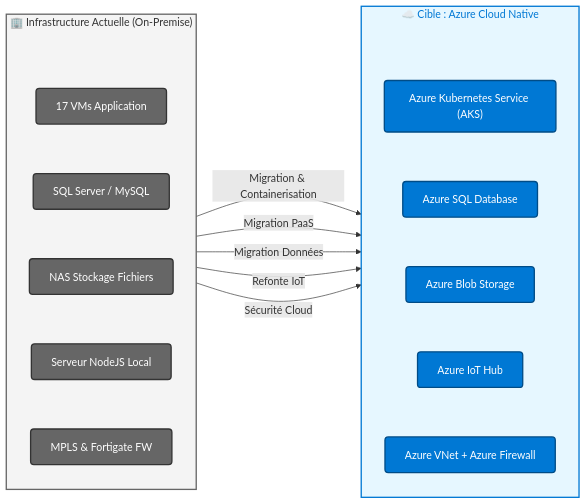
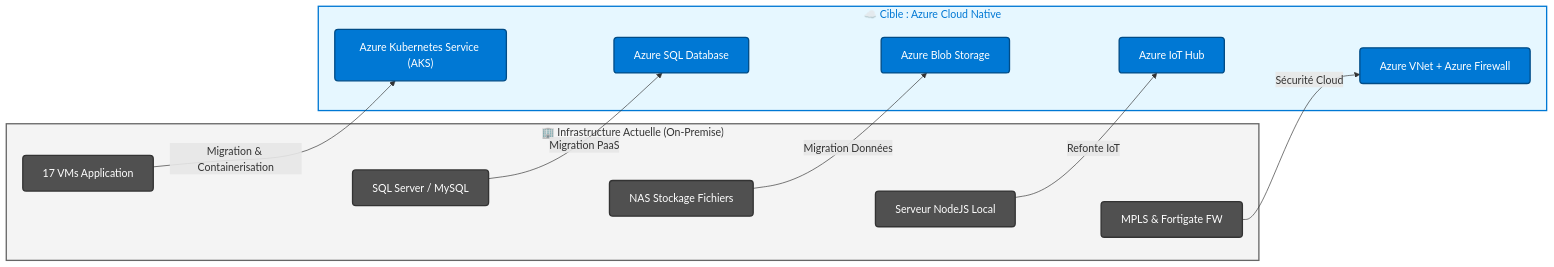
Before and after one commit to ilyessalmi/Data-Engineering-Projects: the diagram in 01-Migration-Cloud-Architecture/README.md, drawn with Mermaid.

Commit message:
Update Mermaid diagram styles and structure

````diff
--- a/01-Migration-Cloud-Architecture/README.md
+++ b/01-Migration-Cloud-Architecture/README.md
@@ -32,46 +32,41 @@
 ```mermaid
 graph LR
     %% Styles Definitions
     classDef azure fill:#0078D4,stroke:#004C87,stroke-width:2px,color:#fff,rx:5,ry:5;
-    classDef onprem fill:#666,stroke:#333,stroke-width:2px,color:#fff,rx:5,ry:5;
-    classDef hidden width:0px,height:0px,stroke-width:0px,fill:transparent,color:transparent;
+    classDef onprem fill:#505050,stroke:#333,stroke-width:2px,color:#fff,rx:5,ry:5;
 
-    %% On-Premise Subgraph
+    %% On-Premise Column
     subgraph On_Premise ["🏢 Infrastructure Actuelle (On-Premise)"]
-        direction TB
-        Space1[ ]:::hidden
         ServerApp["17 VMs Application"]:::onprem
         DB_SQL["SQL Server / MySQL"]:::onprem
         NAS["NAS Stockage Fichiers"]:::onprem
         IoT_Local["Serveur NodeJS Local"]:::onprem
         Network_Local["MPLS & Fortigate FW"]:::onprem
         
-        %% Force order with spacer
-        Space1 ~~~ ServerApp ~~~ DB_SQL ~~~ NAS ~~~ IoT_Local ~~~ Network_Local
+        %% Force Vertical Stack with invisible links
+        ServerApp ~~~ DB_SQL ~~~ NAS ~~~ IoT_Local ~~~ Network_Local
     end
 
-    %% Azure Subgraph
+    %% Azure Column
     subgraph Azure_Target ["☁️ Cible : Azure Cloud Native"]
-        direction TB
-        Space2[ ]:::hidden
         AKS["Azure Kubernetes Service (AKS)"]:::azure
         AzSQL["Azure SQL Database"]:::azure
         Blob["Azure Blob Storage"]:::azure
         IoTHub["Azure IoT Hub"]:::azure
         AzNet["Azure VNet + Azure Firewall"]:::azure
 
-        %% Force order with spacer
-        Space2 ~~~ AKS ~~~ AzSQL ~~~ Blob ~~~ IoTHub ~~~ AzNet
+        %% Force Vertical Stack with invisible links
+        AKS ~~~ AzSQL ~~~ Blob ~~~ IoTHub ~~~ AzNet
     end
 
-    %% Connections
+    %% Real Connections (Left to Right)
     ServerApp -->|Migration & Containerisation| AKS
     DB_SQL -->|Migration PaaS| AzSQL
     NAS -->|Migration Données| Blob
     IoT_Local -->|Refonte IoT| IoTHub
     Network_Local -->|Sécurité Cloud| AzNet
 
     %% Subgraph Styling
     style On_Premise fill:#f4f4f4,stroke:#666,stroke-width:2px,color:#333
     style Azure_Target fill:#e6f7ff,stroke:#0078D4,stroke-width:2px,color:#0078D4
 ```
````
